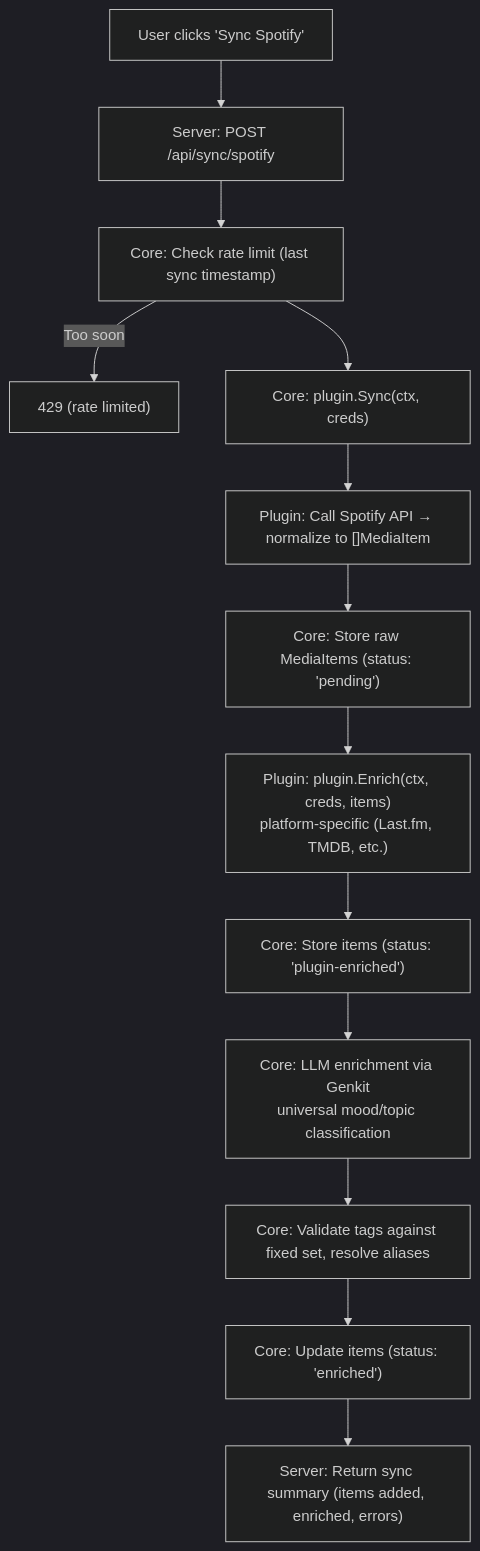
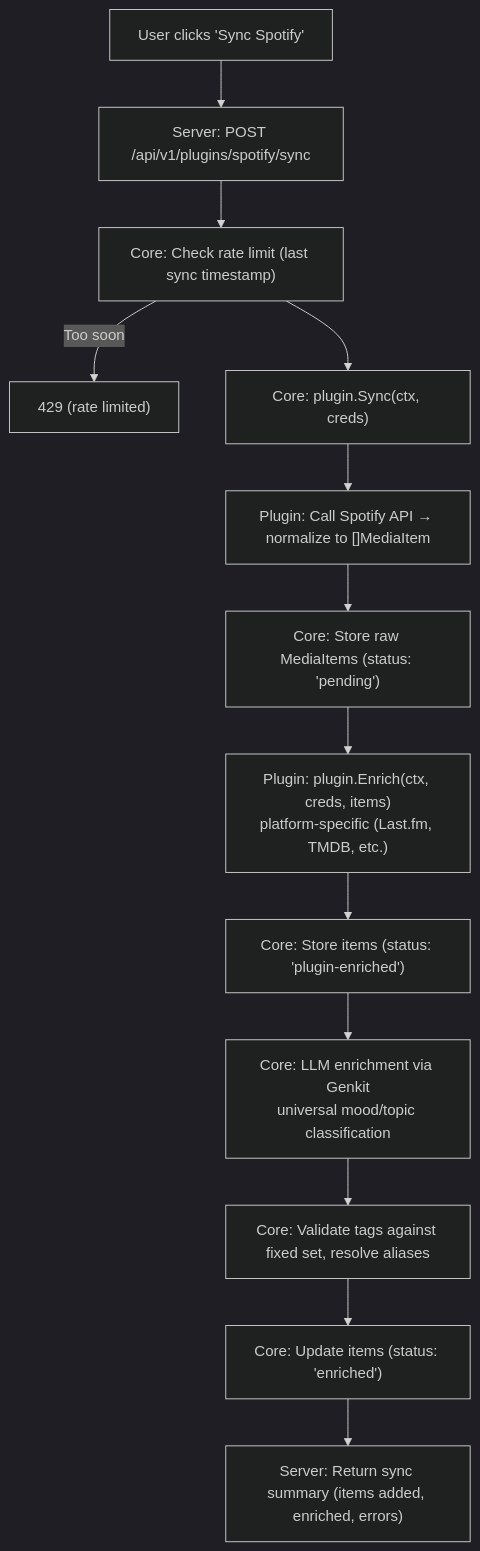
One commit to justEstif/specto changed the second of 3 diagrams in docs/architecture.md. Above: the diagram before and after it, drawn with Mermaid (dark theme). The commit also changed other lines of this file and 8 other files, not shown here.

````diff
--- a/docs/architecture.md
+++ b/docs/architecture.md
@@ -158,15 +160,15 @@
 ```mermaid
 flowchart TD
-    A["User clicks 'Sync Spotify'"] --> B["Server: POST /api/sync/spotify"]
+    A["User clicks 'Sync Spotify'"] --> B["Server: POST /api/v1/plugins/spotify/sync"]
     B --> C["Core: Check rate limit (last sync timestamp)"]
     C -->|Too soon| D["429 (rate limited)"]
     C --> E["Core: plugin.Sync(ctx, creds)"]
     E --> F["Plugin: Call Spotify API → normalize to []MediaItem"]
     F --> G["Core: Store raw MediaItems (status: 'pending')"]
     G --> H["Plugin: plugin.Enrich(ctx, creds, items)<br/>platform-specific (Last.fm, TMDB, etc.)"]
     H --> I["Core: Store items (status: 'plugin-enriched')"]
     I --> J["Core: LLM enrichment via Genkit<br/>universal mood/topic classification"]
     J --> K["Core: Validate tags against fixed set, resolve aliases"]
     K --> L["Core: Update items (status: 'enriched')"]
     L --> M["Server: Return sync summary (items added, enriched, errors)"]
 ```
````
